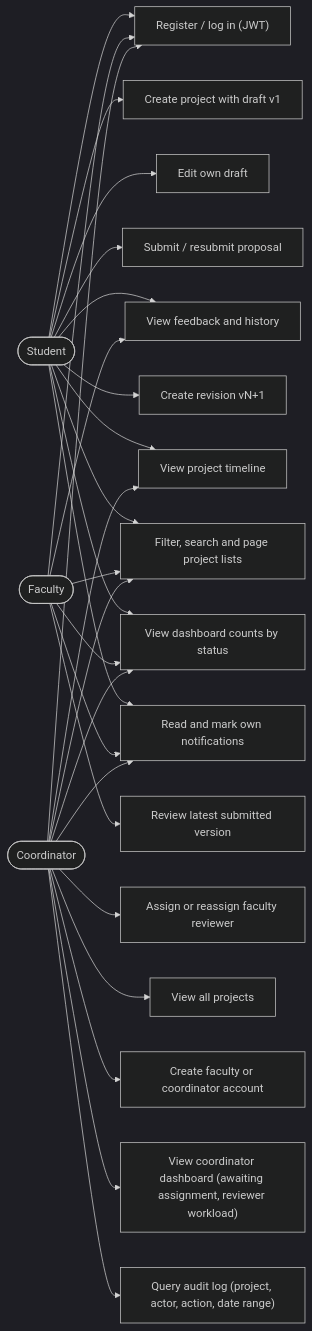
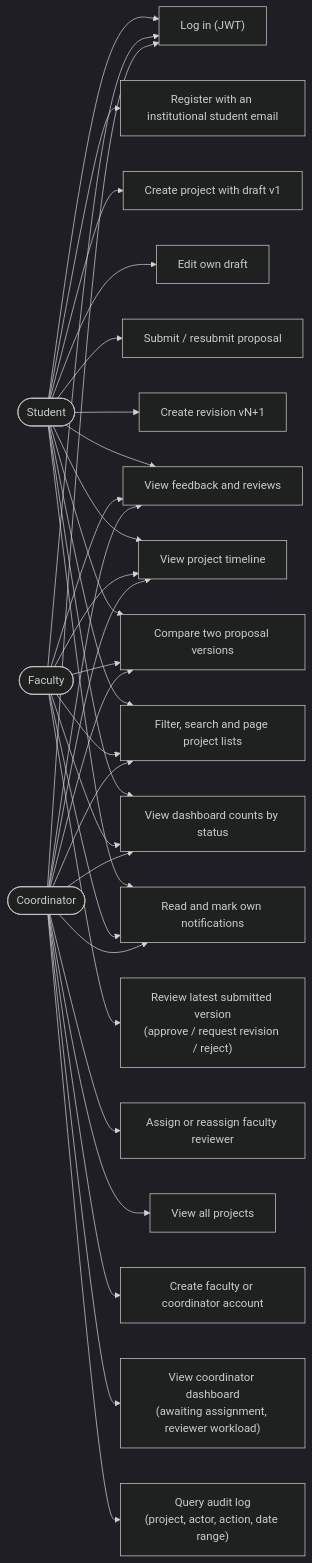
One commit to udita-0707/Prastaav changed the first of 15 diagrams in docs/diagrams.md. Above: the diagram before and after it, drawn with Mermaid (dark theme). The commit also changed other lines of this file and 4 other files, not shown here.

Commit message:
docs(uml): use case, ER and architecture diagrams against the final code and migrations

````diff
--- a/docs/diagrams.md
+++ b/docs/diagrams.md
@@ -27,25 +27,27 @@
 ```mermaid
 flowchart LR
   Student([Student])
   Faculty([Faculty])
   Coordinator([Coordinator])
-  UC1["Register / log in (JWT)"]
-  UC2["Create project with draft v1"]
-  UC3["Edit own draft"]
-  UC4["Submit / resubmit proposal"]
-  UC5["View feedback and history"]
+  UC1["Log in (JWT)"]
+  UC2["Register with an institutional student email"]
+  UC3["Create project with draft v1"]
+  UC4["Edit own draft"]
+  UC5["Submit / resubmit proposal"]
   UC6["Create revision vN+1"]
-  UC7["Assign or reassign faculty reviewer"]
-  UC8["Review latest submitted version"]
-  UC9["View project timeline"]
-  UC10["View all projects"]
-  UC11["Filter, search and page project lists"]
-  UC12["View dashboard counts by status"]
-  UC13["Create faculty or coordinator account"]
-  UC14["Read and mark own notifications"]
-  UC15["View coordinator dashboard (awaiting assignment, reviewer workload)"]
-  UC16["Query audit log (project, actor, action, date range)"]
-  Student --> UC1 & UC2 & UC3 & UC4 & UC5 & UC6 & UC9 & UC11 & UC12 & UC14
-  Faculty --> UC1 & UC8 & UC5 & UC11 & UC12 & UC14
-  Coordinator --> UC1 & UC7 & UC10 & UC9 & UC11 & UC12 & UC13 & UC14 & UC15 & UC16
+  UC7["View feedback and reviews"]
+  UC8["View project timeline"]
+  UC9["Compare two proposal versions"]
+  UC10["Assign or reassign faculty reviewer"]
+  UC11["Review latest submitted version<br/>(approve / request revision / reject)"]
+  UC12["View all projects"]
+  UC13["Filter, search and page project lists"]
+  UC14["View dashboard counts by status"]
+  UC15["Create faculty or coordinator account"]
+  UC16["Read and mark own notifications"]
+  UC17["View coordinator dashboard<br/>(awaiting assignment, reviewer workload)"]
+  UC18["Query audit log<br/>(project, actor, action, date range)"]
+  Student --> UC1 & UC2 & UC3 & UC4 & UC5 & UC6 & UC7 & UC8 & UC9 & UC13 & UC14 & UC16
+  Faculty --> UC1 & UC7 & UC8 & UC9 & UC11 & UC13 & UC14 & UC16
+  Coordinator --> UC1 & UC7 & UC8 & UC9 & UC10 & UC12 & UC13 & UC14 & UC15 & UC16 & UC17 & UC18
 ```
````
